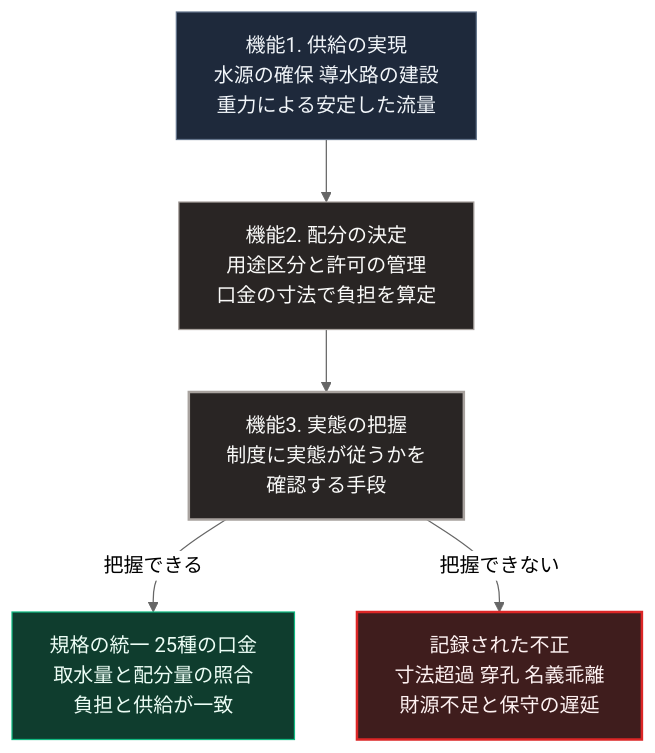
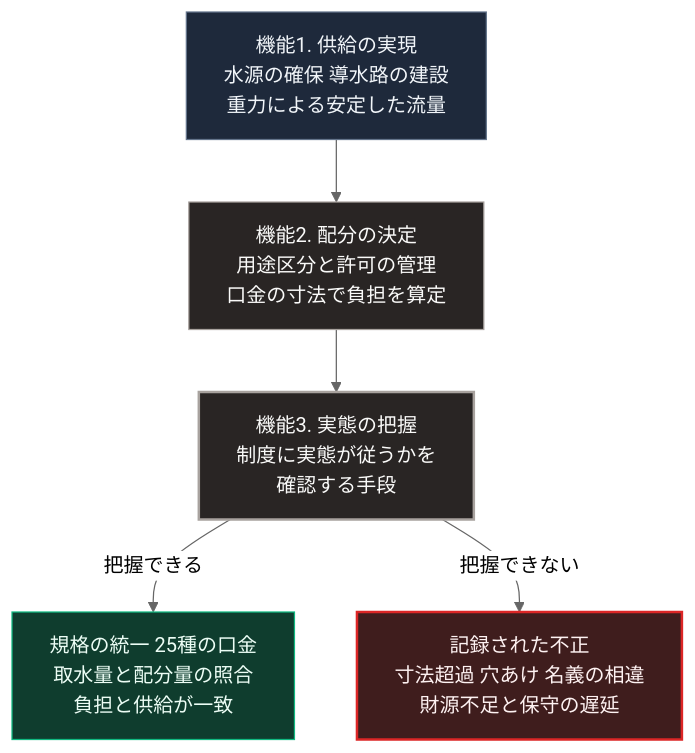
The diagram in books/sovereign-resilience-blueprint/02_ancient-water-infrastructure.md (Takenori-Kusaka/zenn-content), drawn with Mermaid (neutral theme) before and after one commit. The commit also changed 15 other files, not shown here.

````diff
--- a/books/sovereign-resilience-blueprint/02_ancient-water-infrastructure.md
+++ b/books/sovereign-resilience-blueprint/02_ancient-water-infrastructure.md
@@ -69,14 +69,14 @@
 ```mermaid
 flowchart TD
     A[機能1. 供給の実現<br>水源の確保 導水路の建設<br>重力による安定した流量]
     A --> B[機能2. 配分の決定<br>用途区分と許可の管理<br>口金の寸法で負担を算定]
     B --> C[機能3. 実態の把握<br>制度に実態が従うかを<br>確認する手段]
     C -->|把握できる| D1[規格の統一 25種の口金<br>取水量と配分量の照合<br>負担と供給が一致]
-    C -->|把握できない| D2[記録された不正<br>寸法超過 穿孔 名義乖離<br>財源不足と保守の遅延]
+    C -->|把握できない| D2[記録された不正<br>寸法超過 穴あけ 名義の相違<br>財源不足と保守の遅延]
 
     style A fill:#1e293b,stroke:#64748b,color:#f1f5f9
     style B fill:#292524,stroke:#a8a29e,color:#fafaf9
     style C fill:#292524,stroke:#a8a29e,stroke-width:2px,color:#fafaf9
     style D1 fill:#0f3d2e,stroke:#10b981,color:#ecfdf5
     style D2 fill:#3f1d1d,stroke:#dc2626,stroke-width:2px,color:#fef2f2
 ```
````
